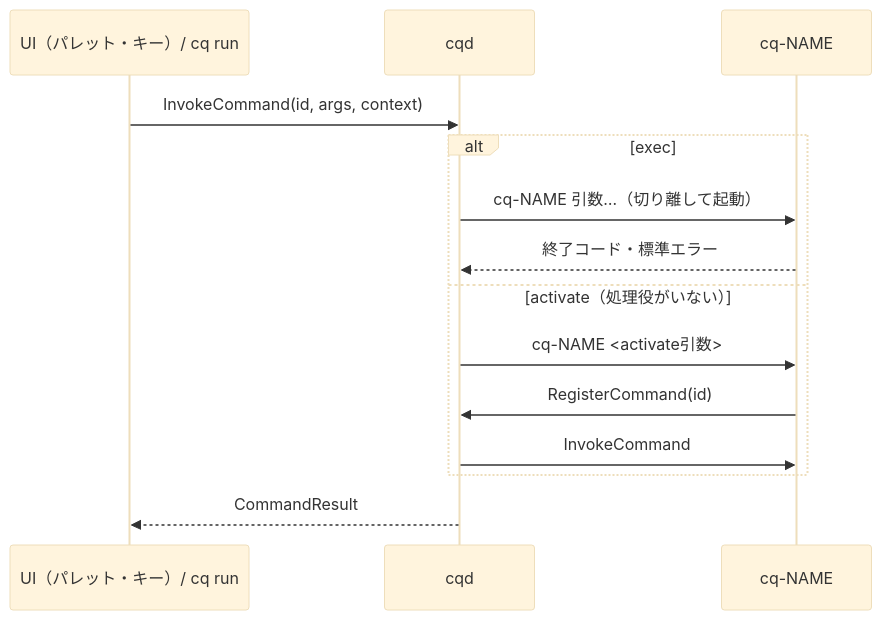
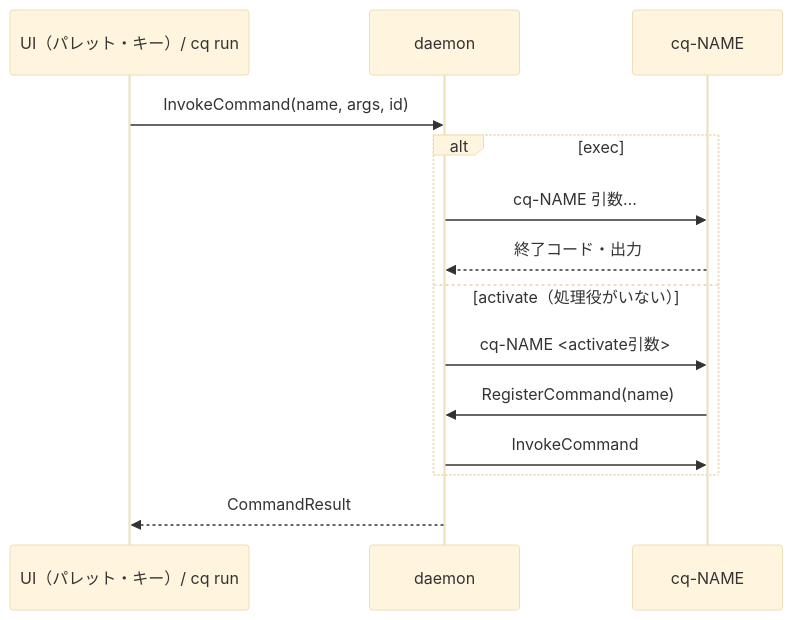
The second of 3 diagrams in docs/design.md (okenakt/code-quilt), drawn with Mermaid (base theme) before and after one commit. The commit also changed other lines of this file and 3 other files, not shown here.

````diff
--- a/docs/design.md
+++ b/docs/design.md
@@ -221,16 +201,16 @@
 ```mermaid
 sequenceDiagram
   participant U as UI（パレット・キー）/ cq run
-  participant D as cqd
+  participant D as daemon
   participant P as cq-NAME
-  U->>D: InvokeCommand(id, args, context)
+  U->>D: InvokeCommand(name, args, id)
   alt exec
-    D->>P: cq-NAME 引数…（切り離して起動）
-    P-->>D: 終了コード・標準エラー
+    D->>P: cq-NAME 引数…
+    P-->>D: 終了コード・出力
   else activate（処理役がいない）
     D->>P: cq-NAME <activate引数>
-    P->>D: RegisterCommand(id)
+    P->>D: RegisterCommand(name)
     D->>P: InvokeCommand
   end
   D-->>U: CommandResult
 ```
````
